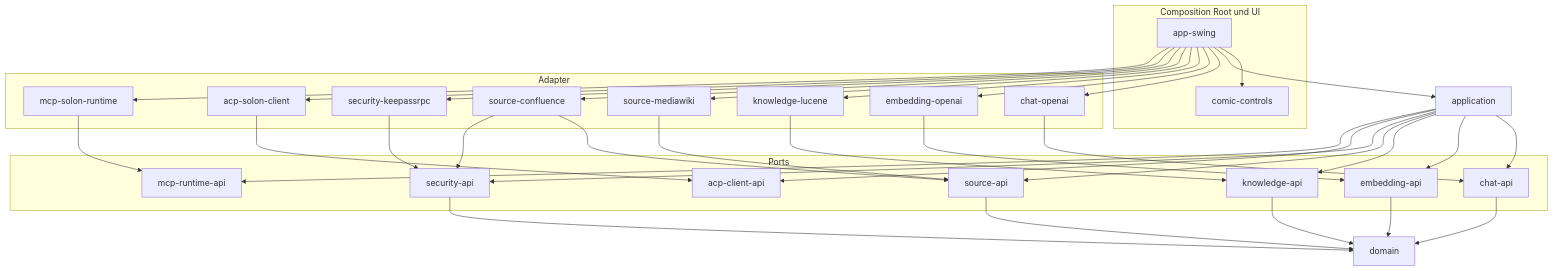
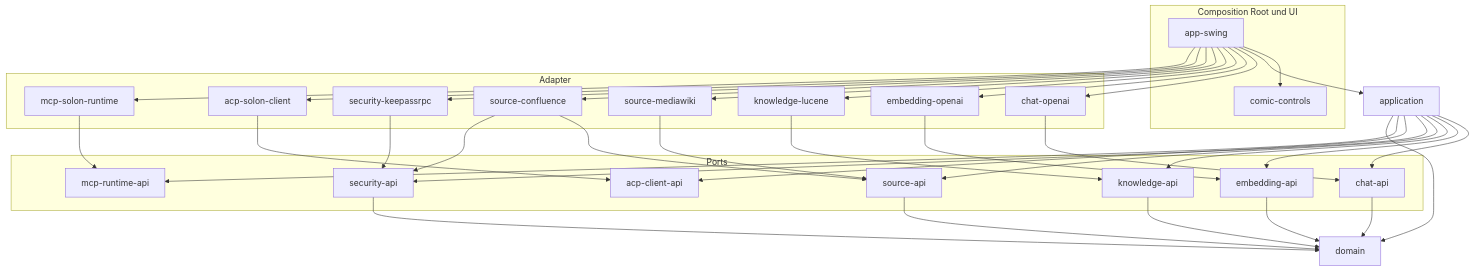
Before and after one commit to aresstack/enterprise-ai-client: the first of 2 diagrams in docs/architektur.md, drawn with Mermaid. The commit also changed 7 other files, not shown here.

````diff
--- a/docs/architektur.md
+++ b/docs/architektur.md
@@ -27,43 +27,44 @@
 ```mermaid
 flowchart TB
     subgraph root["Composition Root und UI"]
         app["app-swing"]
         comic["comic-controls"]
     end
     subgraph adapters["Adapter"]
         chatO["chat-openai"]
         embO["embedding-openai"]
         lucene["knowledge-lucene"]
         wiki["source-mediawiki"]
         conf["source-confluence"]
         keepass["security-keepassrpc"]
         acpS["acp-solon-client"]
         mcpS["mcp-solon-runtime"]
     end
     application["application"]
     subgraph ports["Ports"]
         chatA["chat-api"]
         embA["embedding-api"]
         knowA["knowledge-api"]
         srcA["source-api"]
         secA["security-api"]
         acpA["acp-client-api"]
         mcpA["mcp-runtime-api"]
     end
     domain["domain"]
 
     app --> comic
     app --> application
     app --> chatO & embO & lucene & wiki & conf & keepass & acpS & mcpS
     application --> chatA & embA & knowA & srcA & secA & acpA & mcpA
+    application --> domain
     chatO --> chatA
     embO --> embA
     lucene --> knowA
     wiki --> srcA
     conf --> srcA
     conf --> secA
     keepass --> secA
     acpS --> acpA
     mcpS --> mcpA
     chatA & embA & knowA & srcA & secA --> domain
 ```
````
